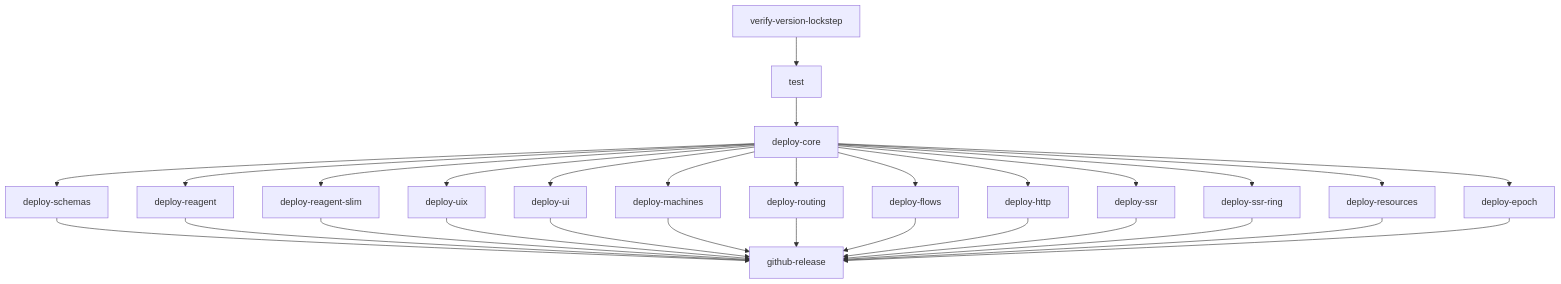
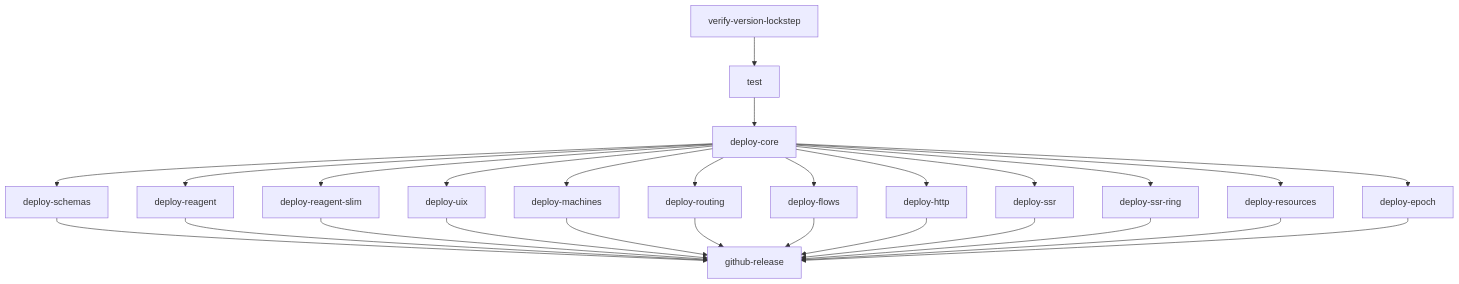
The diagram in docs/release-process.md (day8/re-frame2), drawn with Mermaid before and after one commit. The commit also changed other lines of this file and 4 other files, not shown here.

````diff
--- a/docs/release-process.md
+++ b/docs/release-process.md
@@ -45,31 +45,29 @@
 ```mermaid
 graph TD
   V[verify-version-lockstep] --> T[test]
   T --> C[deploy-core]
   C --> S[deploy-schemas]
   C --> R[deploy-reagent]
   C --> RS[deploy-reagent-slim]
   C --> U[deploy-uix]
-  C --> UI[deploy-ui]
   C --> M[deploy-machines]
   C --> RT[deploy-routing]
   C --> F[deploy-flows]
   C --> H[deploy-http]
   C --> SS[deploy-ssr]
   C --> SR[deploy-ssr-ring]
   C --> RES[deploy-resources]
   C --> E[deploy-epoch]
   S --> GR[github-release]
   R --> GR
   RS --> GR
   U --> GR
-  UI --> GR
   M --> GR
   RT --> GR
   F --> GR
   H --> GR
   SS --> GR
   SR --> GR
   RES --> GR
   E --> GR
 ```
````
